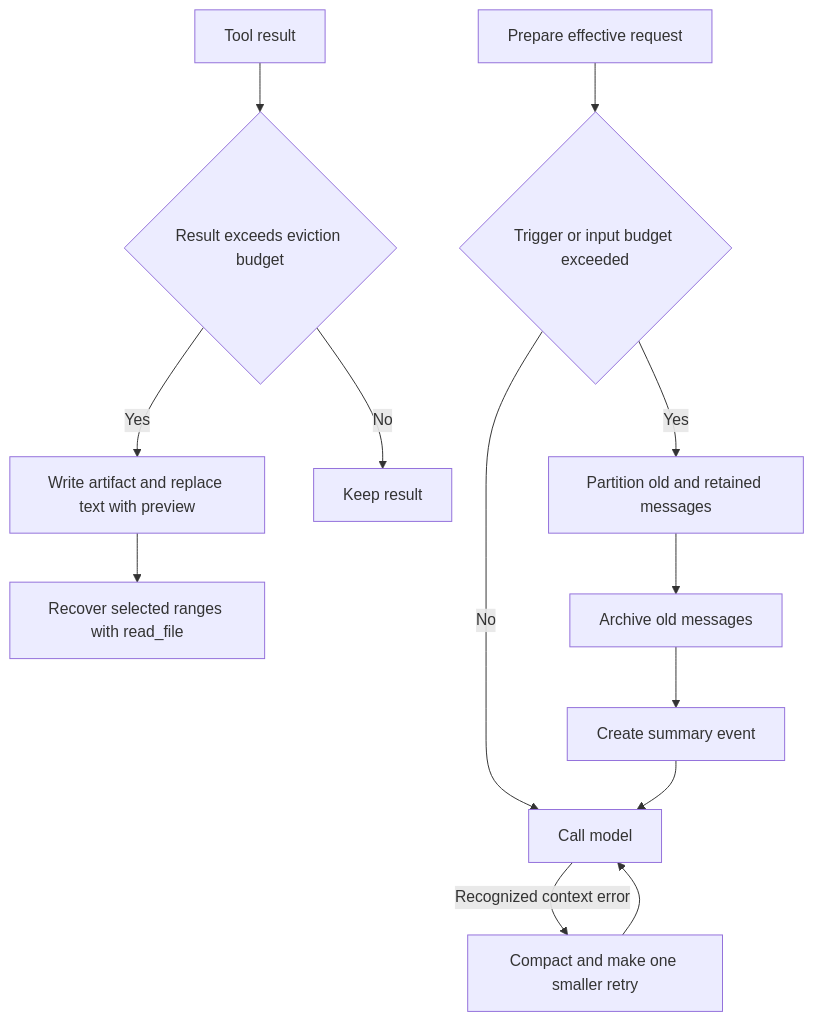
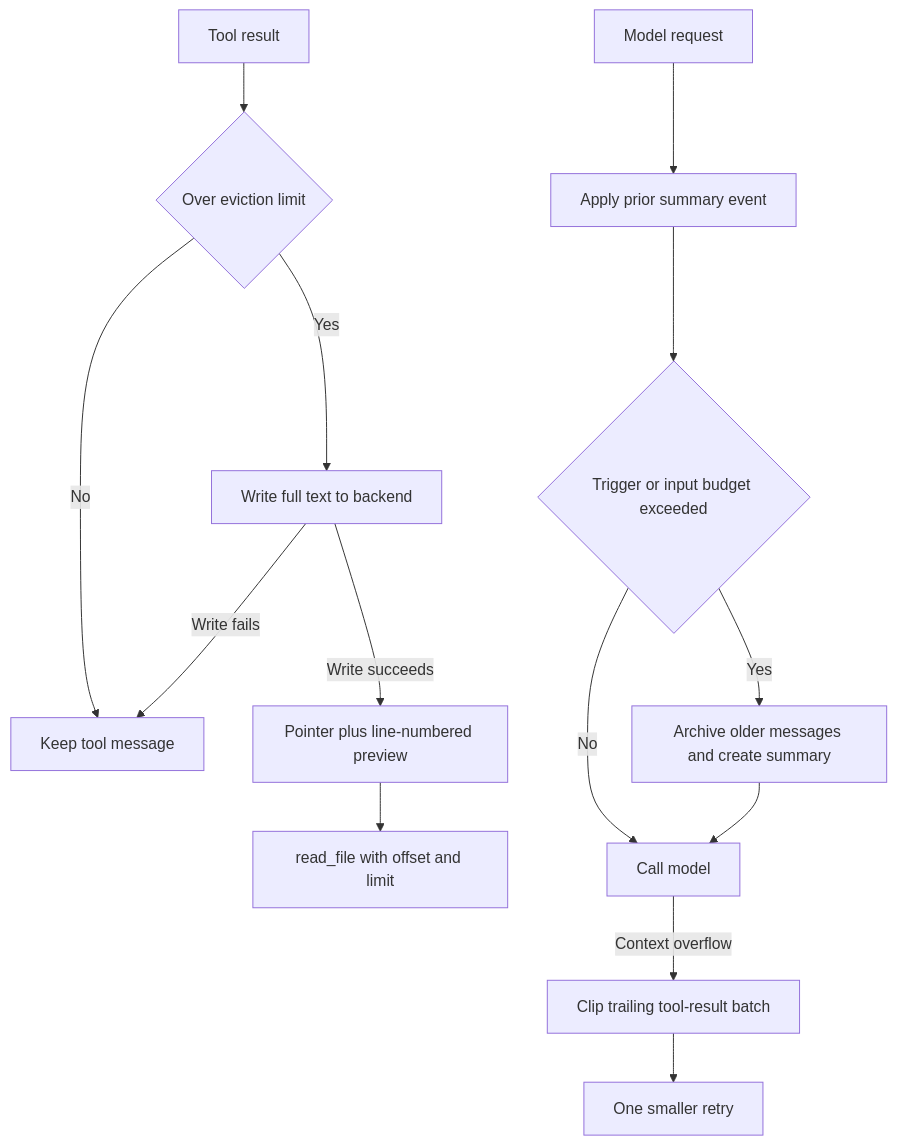
Before and after one commit to langchain-ai/deepagents: the diagram in openwiki/concepts/context-management.md, drawn with Mermaid. The commit also changed other lines of this file and 37 other files, not shown here.

````diff
--- a/openwiki/concepts/context-management.md
+++ b/openwiki/concepts/context-management.md
@@ -23,15 +35,16 @@
 ```mermaid
 flowchart TD
-    Tool["Tool result"] --> Large{"Result exceeds eviction budget"}
-    Large -->|Yes| Artifact["Write artifact and replace text with preview"]
-    Large -->|No| Stored["Keep result"]
-    Request["Prepare effective request"] --> Trigger{"Trigger or input budget exceeded"}
-    Trigger -->|No| Model["Call model"]
-    Trigger -->|Yes| Partition["Partition old and retained messages"]
-    Partition --> Archive["Archive old messages"]
-    Archive --> Summary["Create summary event"]
-    Summary --> Model
-    Model -->|Recognized context error| Recover["Compact and make one smaller retry"]
-    Recover --> Model
-    Artifact --> Read["Recover selected ranges with read_file"]
+    Result["Tool result"] --> Size{"Over eviction limit"}
+    Size -->|No| Keep["Keep tool message"]
+    Size -->|Yes| Save["Write full text to backend"]
+    Save -->|Write fails| Keep
+    Save -->|Write succeeds| Stub["Pointer plus line-numbered preview"]
+    Request["Model request"] --> Effective["Apply prior summary event"]
+    Effective --> Budget{"Trigger or input budget exceeded"}
+    Budget -->|No| Call["Call model"]
+    Budget -->|Yes| Compact["Archive older messages and create summary"]
+    Compact --> Call
+    Call -->|Context overflow| Clip["Clip trailing tool-result batch"]
+    Clip --> Retry["One smaller retry"]
+    Stub --> Read["read_file with offset and limit"]
 ```
````
